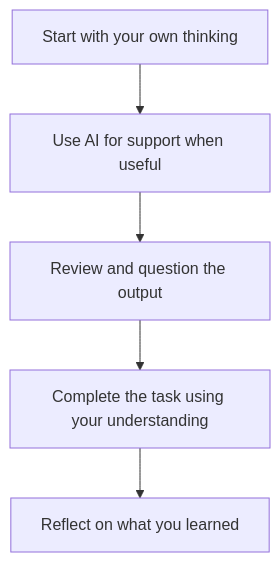
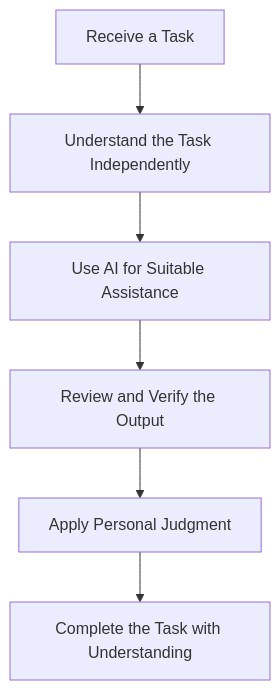
Before and after one commit to NicolausLionel/SLN: the fourth of 5 diagrams in content/04_benefits-limitations-challenges.md, drawn with Mermaid. The commit also changed other lines of this file, not shown here.

````diff
--- a/content/04_benefits-limitations-challenges.md
+++ b/content/04_benefits-limitations-challenges.md
@@ -201,7 +948,8 @@
 ```mermaid
 flowchart TD
- A[Start with your own thinking] --> B[Use AI for support when useful]
- B --> C[Review and question the output]
- C --> D[Complete the task using your understanding]
- D --> E[Reflect on what you learned]
+    A["Receive a Task"] --> B["Understand the Task Independently"]
+    B --> C["Use AI for Suitable Assistance"]
+    C --> D["Review and Verify the Output"]
+    D --> E["Apply Personal Judgment"]
+    E --> F["Complete the Task with Understanding"]
 ```
````
